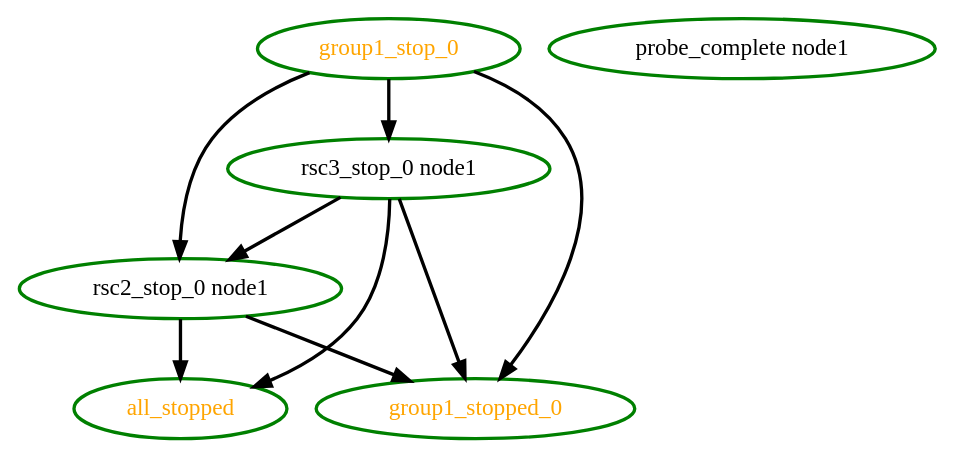
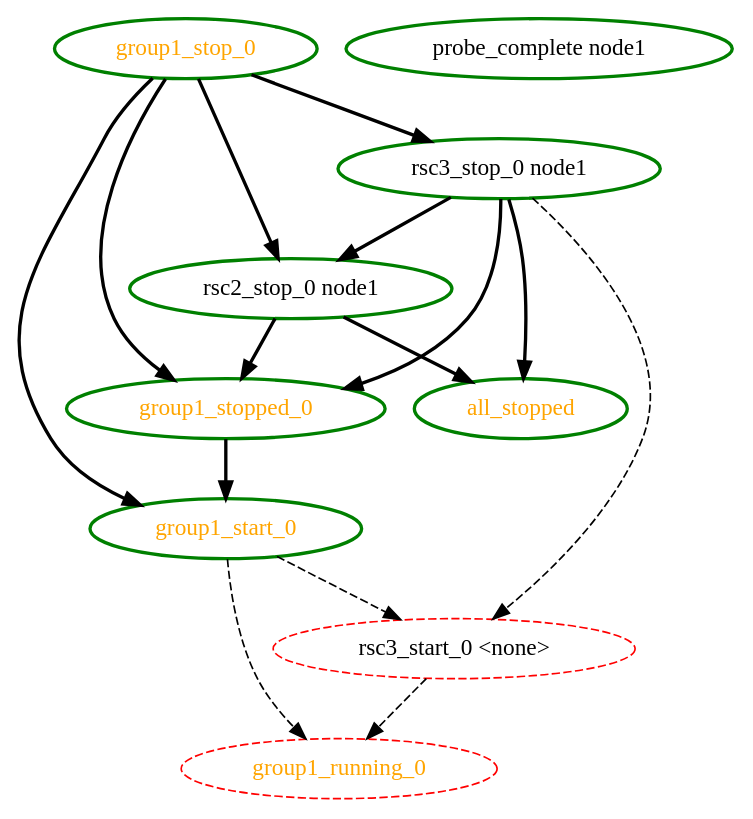
One commit to linux-ha-japan/pm_diskd changed the diagram in pengine/test10/group11.dot. Above: the diagram before and after it, drawn with Graphviz. The commit also changed 10 other files, not shown here.

```diff
--- a/pengine/test10/group11.dot
+++ b/pengine/test10/group11.dot
@@ -1,16 +1,25 @@
 digraph "g" {
 "all_stopped" [ style=bold color="green" fontcolor="orange"  ]
+"group1_running_0" [ style=dashed color="red" fontcolor="orange"  ]
+"group1_start_0" -> "group1_running_0" [ style = dashed]
+"group1_start_0" -> "rsc3_start_0 <none>" [ style = dashed]
+"group1_start_0" [ style=bold color="green" fontcolor="orange"  ]
+"group1_stop_0" -> "group1_start_0" [ style = bold]
 "group1_stop_0" -> "group1_stopped_0" [ style = bold]
 "group1_stop_0" -> "rsc2_stop_0 node1" [ style = bold]
 "group1_stop_0" -> "rsc3_stop_0 node1" [ style = bold]
 "group1_stop_0" [ style=bold color="green" fontcolor="orange"  ]
+"group1_stopped_0" -> "group1_start_0" [ style = bold]
 "group1_stopped_0" [ style=bold color="green" fontcolor="orange"  ]
 "probe_complete node1" [ style=bold color="green" fontcolor="black"  ]
 "rsc2_stop_0 node1" -> "all_stopped" [ style = bold]
 "rsc2_stop_0 node1" -> "group1_stopped_0" [ style = bold]
 "rsc2_stop_0 node1" [ style=bold color="green" fontcolor="black"  ]
+"rsc3_start_0 <none>" -> "group1_running_0" [ style = dashed]
+"rsc3_start_0 <none>" [ style=dashed color="red" fontcolor="black"  ]
 "rsc3_stop_0 node1" -> "all_stopped" [ style = bold]
 "rsc3_stop_0 node1" -> "group1_stopped_0" [ style = bold]
 "rsc3_stop_0 node1" -> "rsc2_stop_0 node1" [ style = bold]
+"rsc3_stop_0 node1" -> "rsc3_start_0 <none>" [ style = dashed]
 "rsc3_stop_0 node1" [ style=bold color="green" fontcolor="black"  ]
 }
```
